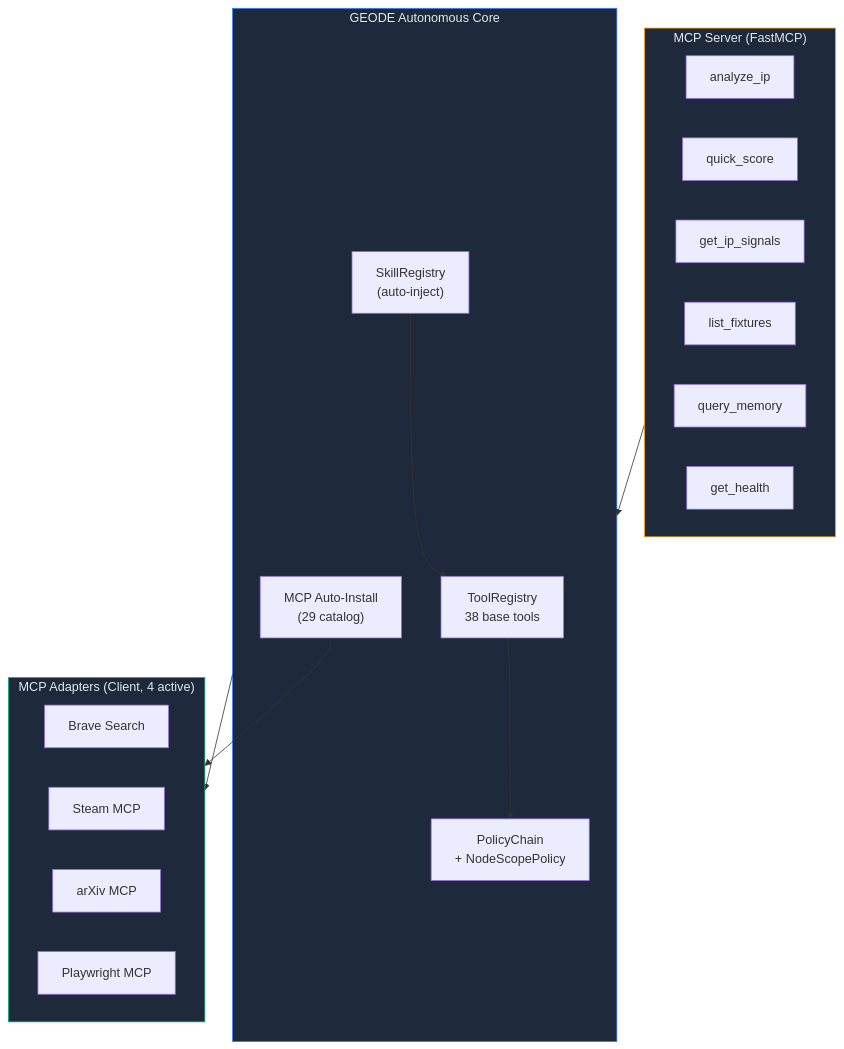
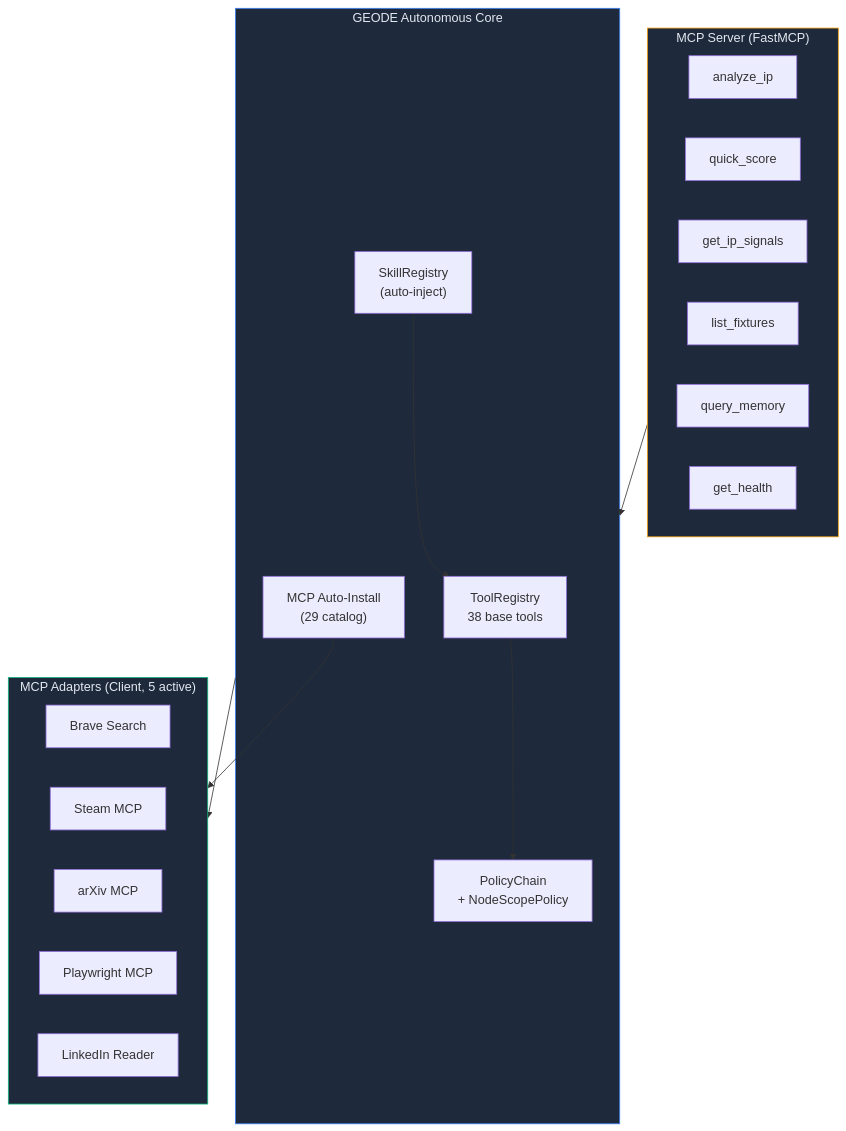
Before and after one commit to mangowhoiscloud/geode: the fifth of 16 diagrams in README.md, drawn with Mermaid. The commit also changed other lines of this file and 1 other file, not shown here.

Commit message:
docs: docs-sync — 테스트 수 2180+, MCP Adapter 5개(linkedin-reader 반영)

````diff
--- a/README.md
+++ b/README.md
@@ -410,35 +410,36 @@
 ```mermaid
 graph TB
     subgraph GEODE["GEODE Autonomous Core"]
         Registry["ToolRegistry<br/>38 base tools"]
         Policy["PolicyChain<br/>+ NodeScopePolicy"]
         SkillReg["SkillRegistry<br/>(auto-inject)"]
         MCPInstall["MCP Auto-Install<br/>(29 catalog)"]
     end
 
-    subgraph MCPAdapters["MCP Adapters (Client, 4 active)"]
+    subgraph MCPAdapters["MCP Adapters (Client, 5 active)"]
         Brave["Brave Search"]
         Steam["Steam MCP"]
         ArXiv["arXiv MCP"]
         PW["Playwright MCP"]
+        LI["LinkedIn Reader"]
     end
 
     subgraph MCPServer["MCP Server (FastMCP)"]
         T1["analyze_ip"]
         T2["quick_score"]
         T3["get_ip_signals"]
         T4["list_fixtures"]
         T5["query_memory"]
         T6["get_health"]
     end
 
     Registry --> Policy
     SkillReg --> Registry
     MCPInstall --> MCPAdapters
     GEODE --> MCPAdapters
     MCPServer --> GEODE
 
     style GEODE fill:#1e293b,stroke:#3b82f6,color:#e2e8f0
     style MCPAdapters fill:#1e293b,stroke:#10b981,color:#e2e8f0
     style MCPServer fill:#1e293b,stroke:#f59e0b,color:#e2e8f0
 ```
````
